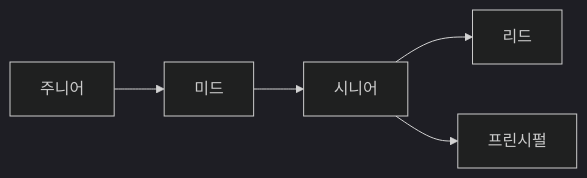
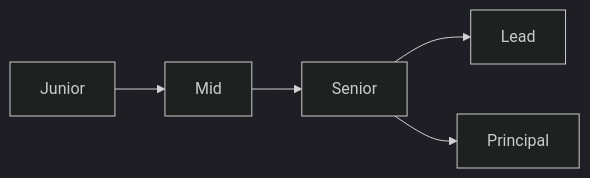
One commit to yeongseon-books/book-content changed the diagram in content/developer-career-101/ko/01-what-is-developer-career.md. Above: the diagram before and after it, drawn with Mermaid (dark theme). The commit also changed other lines of this file and 9 other files, not shown here.

````diff
--- a/content/developer-career-101/ko/01-what-is-developer-career.md
+++ b/content/developer-career-101/ko/01-what-is-developer-career.md
@@ -46,7 +52,7 @@
 ```mermaid
 flowchart LR
-    J[주니어] --> M[미드]
-    M --> S[시니어]
-    S --> L[리드]
-    S --> P[프린시펄]
+    J[Junior] --> M[Mid]
+    M --> S[Senior]
+    S --> L[Lead]
+    S --> P[Principal]
 ```
````
